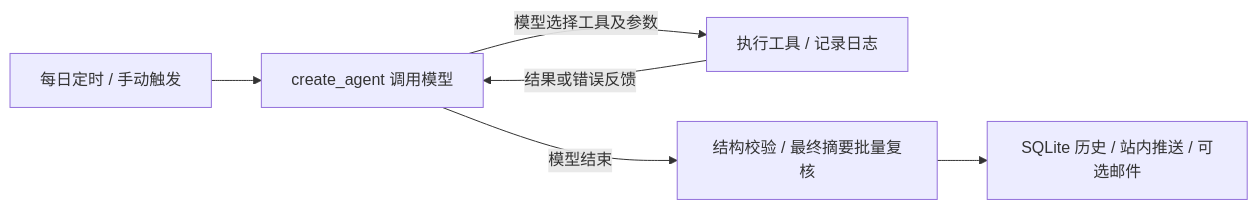
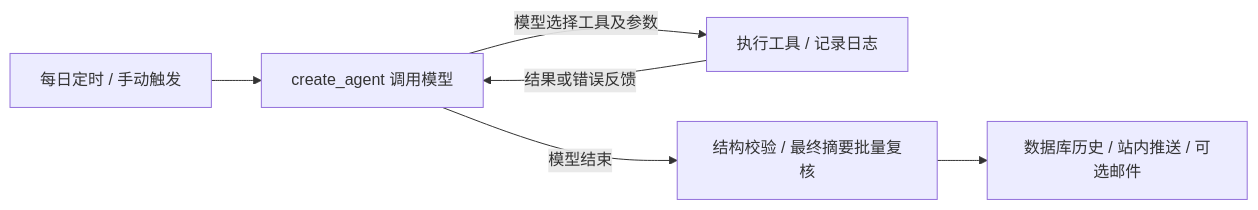
One commit to fionafififa/Daily-AI-News-Assistant changed the diagram in README.md. Above: the diagram before and after it, drawn with Mermaid. The commit also changed other lines of this file and 46 other files, not shown here.

````diff
--- a/README.md
+++ b/README.md
@@ -70,8 +89,8 @@
 ```mermaid
 flowchart LR
   A[每日定时 / 手动触发] --> B[create_agent 调用模型]
   B -->|模型选择工具及参数| C[执行工具 / 记录日志]
   C -->|结果或错误反馈| B
   B -->|模型结束| D[结构校验 / 最终摘要批量复核]
-  D --> E[SQLite 历史 / 站内推送 / 可选邮件]
+  D --> E[数据库历史 / 站内推送 / 可选邮件]
 ```
````
